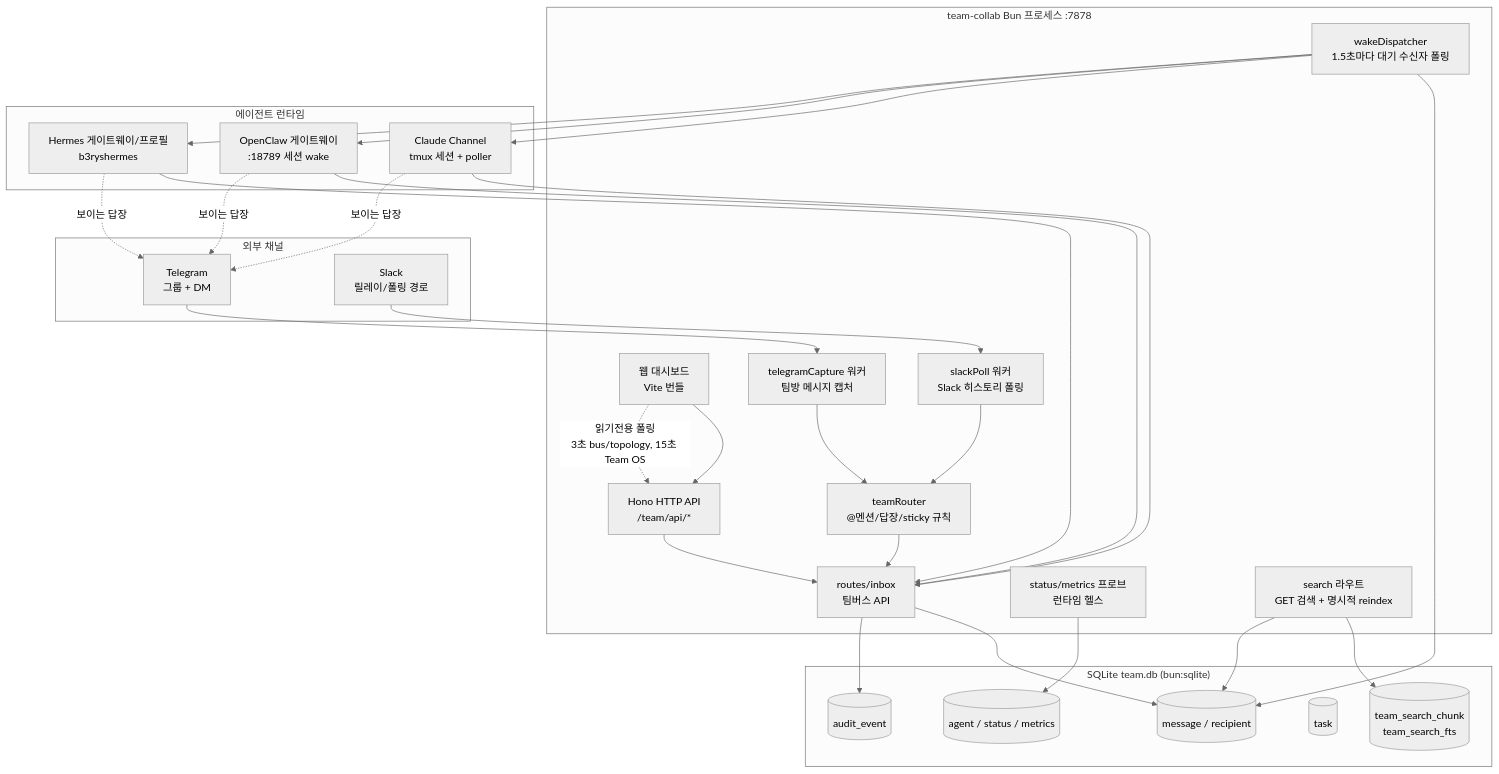
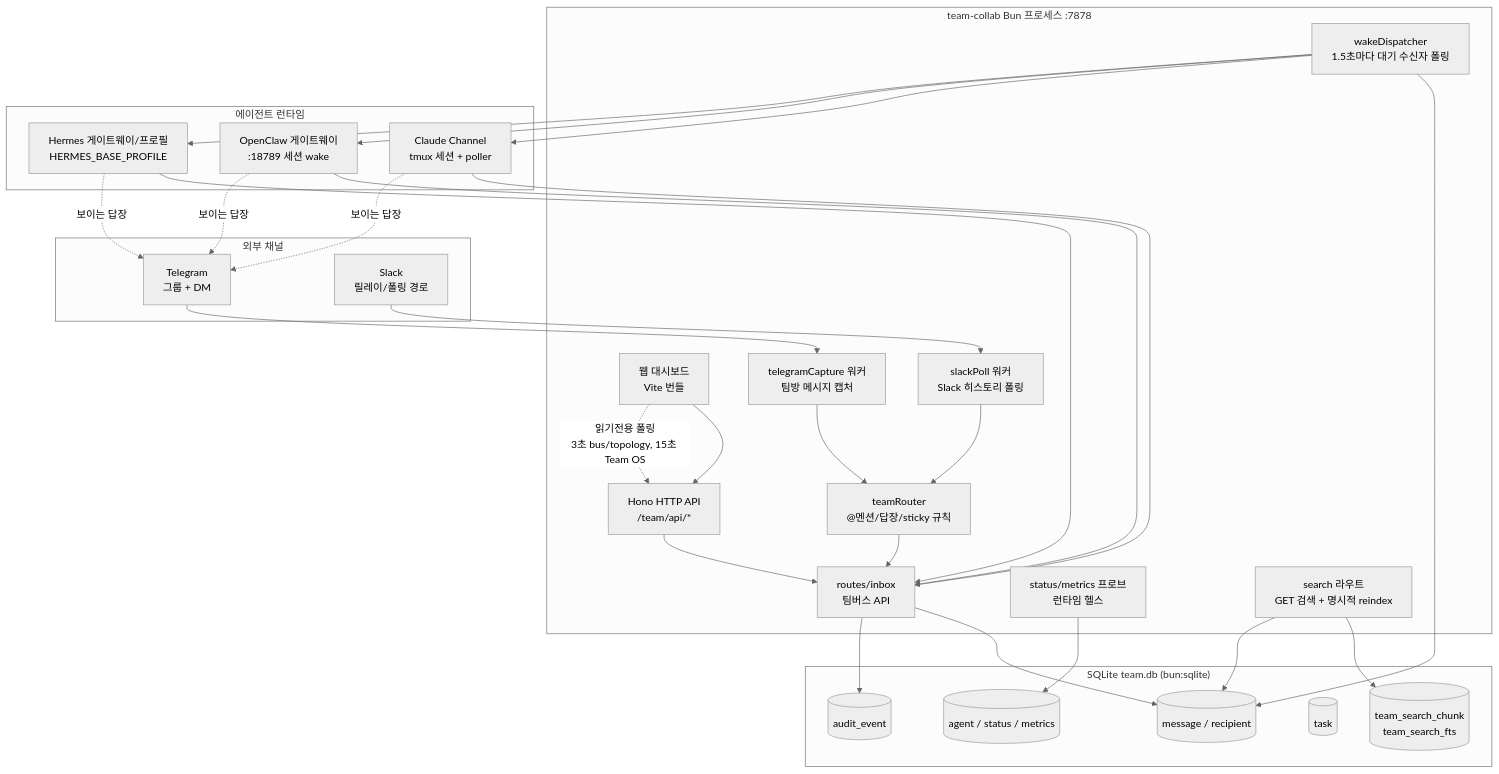
One commit to b3rys/b3rys-team-os changed the second of 6 diagrams in docs/COMMUNICATION_FLOW.md. Above: the diagram before and after it, drawn with Mermaid (neutral theme). The commit also changed 15 other files, not shown here.

Commit message:
fix(hermes): configure neutral base profile

````diff
--- a/docs/COMMUNICATION_FLOW.md
+++ b/docs/COMMUNICATION_FLOW.md
@@ -41,57 +41,57 @@
 ```mermaid
 flowchart TB
   subgraph Channels["외부 채널"]
     TG["Telegram<br/>그룹 + DM"]
     SL["Slack<br/>릴레이/폴링 경로"]
   end
 
   subgraph Server["team-collab Bun 프로세스 :7878"]
     API["Hono HTTP API<br/>/team/api/*"]
     Dashboard["웹 대시보드<br/>Vite 번들"]
     Capture["telegramCapture 워커<br/>팀방 메시지 캡처"]
     SlackPoll["slackPoll 워커<br/>Slack 히스토리 폴링"]
     Router["teamRouter<br/>@멘션/답장/sticky 규칙"]
     Inbox["routes/inbox<br/>팀버스 API"]
     Dispatcher["wakeDispatcher<br/>1.5초마다 대기 수신자 폴링"]
     Status["status/metrics 프로브<br/>런타임 헬스"]
     Search["search 라우트<br/>GET 검색 + 명시적 reindex"]
   end
 
   subgraph Data["SQLite team.db (bun:sqlite)"]
     Msg[("message / recipient")]
     Audit[("audit_event")]
     Agent[("agent / status / metrics")]
     Task[("task")]
     SearchTables[("team_search_chunk<br/>team_search_fts")]
   end
 
   subgraph Runtimes["에이전트 런타임"]
     Claude["Claude Channel<br/>tmux 세션 + poller"]
     OpenClaw["OpenClaw 게이트웨이<br/>:18789 세션 wake"]
-    Hermes["Hermes 게이트웨이/프로필<br/>b3ryshermes"]
+    Hermes["Hermes 게이트웨이/프로필<br/>HERMES_BASE_PROFILE"]
   end
 
   TG --> Capture
   SL --> SlackPoll
   Capture --> Router
   SlackPoll --> Router
   Router --> Inbox
   API --> Inbox
   Inbox --> Msg
   Inbox --> Audit
   Dispatcher --> Msg
   Dispatcher --> Claude
   Dispatcher --> OpenClaw
   Dispatcher --> Hermes
   Status --> Agent
   Search --> SearchTables
   Search --> Msg
   Dashboard --> API
   Dashboard -. "읽기전용 폴링<br/>3초 bus/topology, 15초 Team OS" .-> API
   Claude --> Inbox
   OpenClaw --> Inbox
   Hermes --> Inbox
   Claude -. "보이는 답장" .-> TG
   OpenClaw -. "보이는 답장" .-> TG
   Hermes -. "보이는 답장" .-> TG
 ```
````
